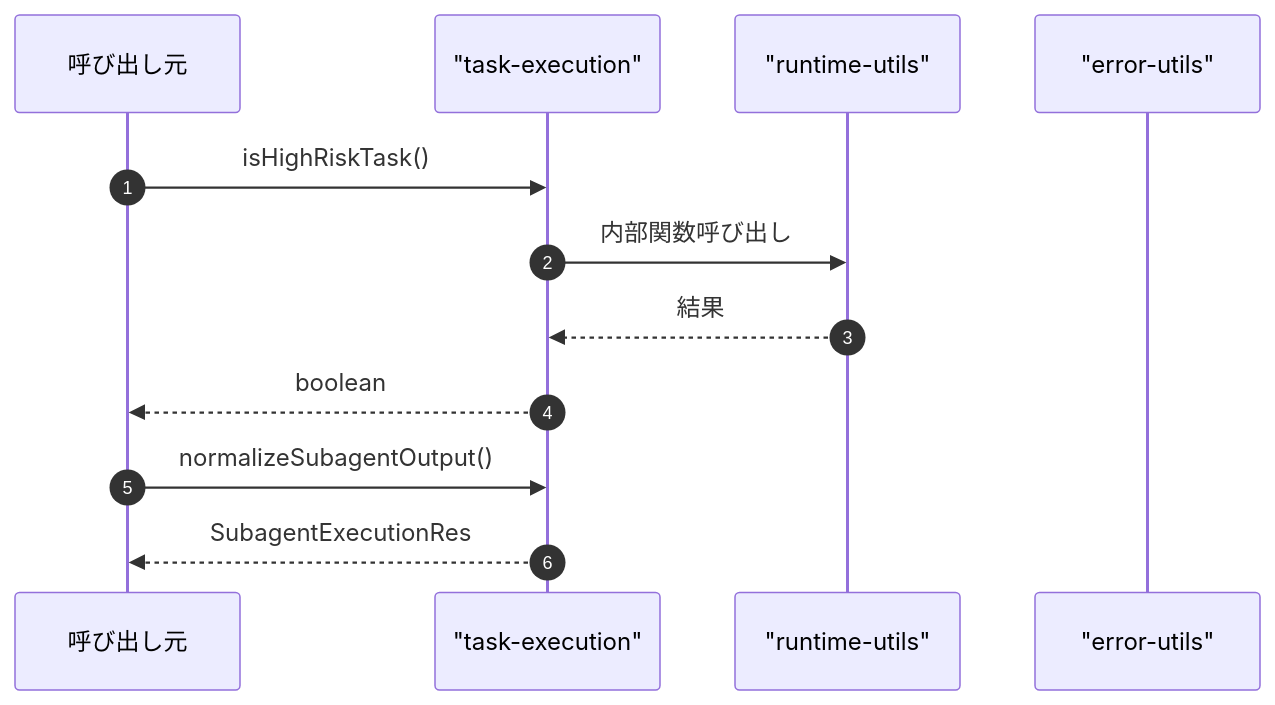
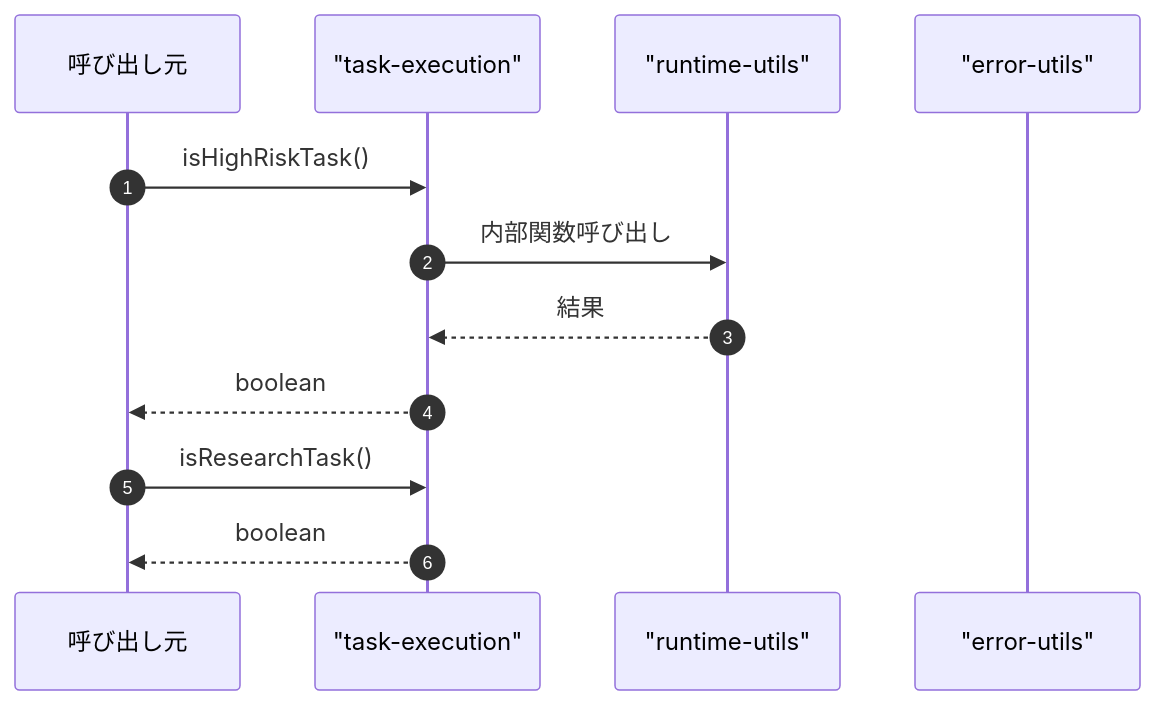
Before and after one commit to Mekann2904/mekann: the fourth of 4 diagrams in ABDD/.pi/extensions/subagents/task-execution.md, drawn with Mermaid. The commit also changed other lines of this file and 257 other files, not shown here.

````diff
--- a/ABDD/.pi/extensions/subagents/task-execution.md
+++ b/ABDD/.pi/extensions/subagents/task-execution.md
@@ -132,16 +146,16 @@
 ```mermaid
 sequenceDiagram
   autonumber
   participant Caller as 呼び出し元
   participant task_execution as "task-execution"
   participant runtime_utils as "runtime-utils"
   participant error_utils as "error-utils"
 
   Caller->>task_execution: isHighRiskTask()
   task_execution->>runtime_utils: 内部関数呼び出し
   runtime_utils-->>task_execution: 結果
   task_execution-->>Caller: boolean
 
-  Caller->>task_execution: normalizeSubagentOutput()
-  task_execution-->>Caller: SubagentExecutionRes
+  Caller->>task_execution: isResearchTask()
+  task_execution-->>Caller: boolean
 ```
````
